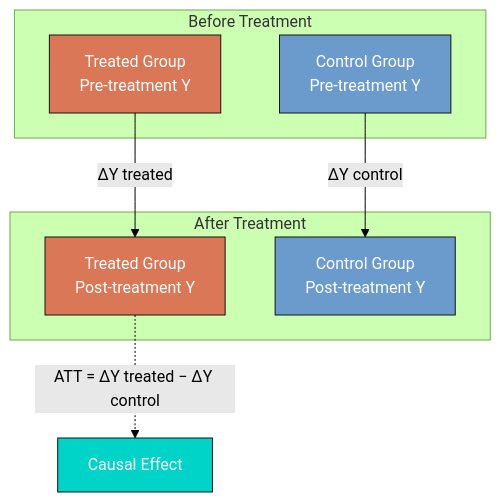
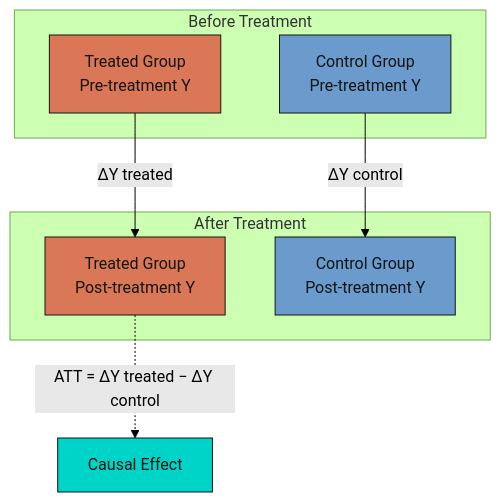
One commit to cmg777/starter-academic-v501 changed the diagram in content/post/r_did/index.md. Above: the diagram before and after it, drawn with Mermaid (forest theme). The commit also changed 67 other files, not shown here.

First line of the commit message:
fix(mermaid): readable diagram text in both themes across the site

````diff
--- a/content/post/r_did/index.md
+++ b/content/post/r_did/index.md
@@ -329,19 +329,19 @@
 ```mermaid
 graph TD
     subgraph "Before Treatment"
         A["Treated Group<br/>Pre-treatment Y"]
         B["Control Group<br/>Pre-treatment Y"]
     end
     subgraph "After Treatment"
         C["Treated Group<br/>Post-treatment Y"]
         D["Control Group<br/>Post-treatment Y"]
     end
     A -->|"ΔY treated"| C
     B -->|"ΔY control"| D
     C -.->|"ATT = ΔY treated − ΔY control"| E["Causal Effect"]
-    style A fill:#d97757,stroke:#141413,color:#fff
-    style C fill:#d97757,stroke:#141413,color:#fff
-    style B fill:#6a9bcc,stroke:#141413,color:#fff
-    style D fill:#6a9bcc,stroke:#141413,color:#fff
-    style E fill:#00d4c8,stroke:#141413,color:#fff
+    style A fill:#d97757,stroke:#141413,color:#141413
+    style C fill:#d97757,stroke:#141413,color:#141413
+    style B fill:#6a9bcc,stroke:#141413,color:#141413
+    style D fill:#6a9bcc,stroke:#141413,color:#141413
+    style E fill:#00d4c8,stroke:#141413,color:#141413
 ```
````
